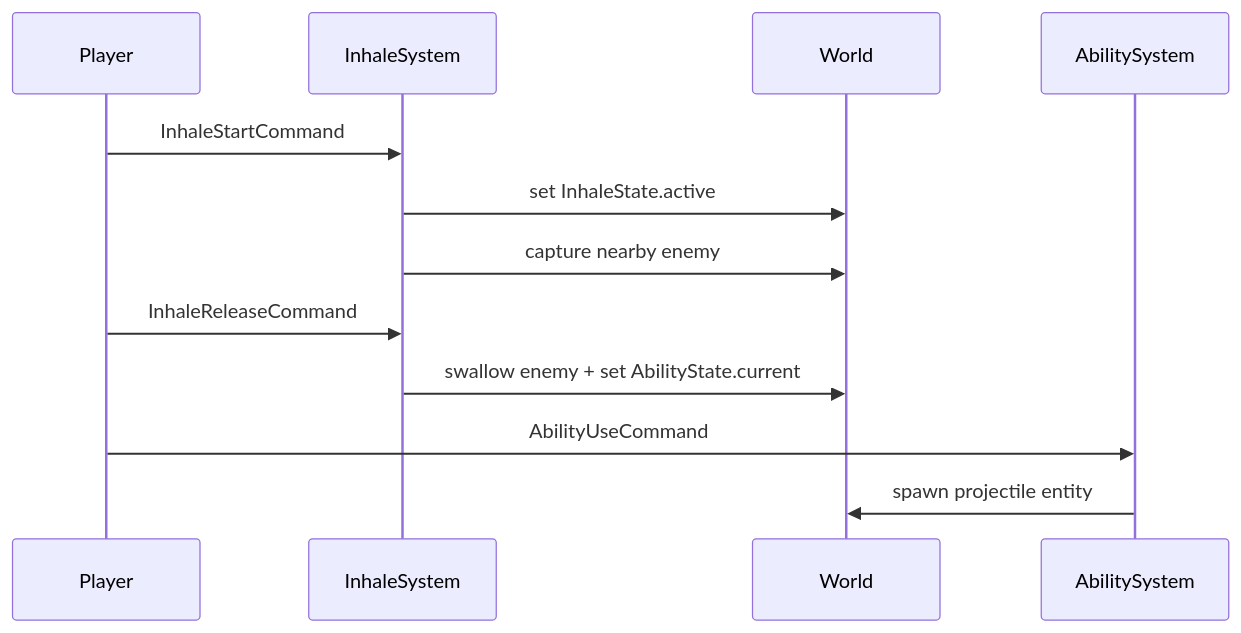
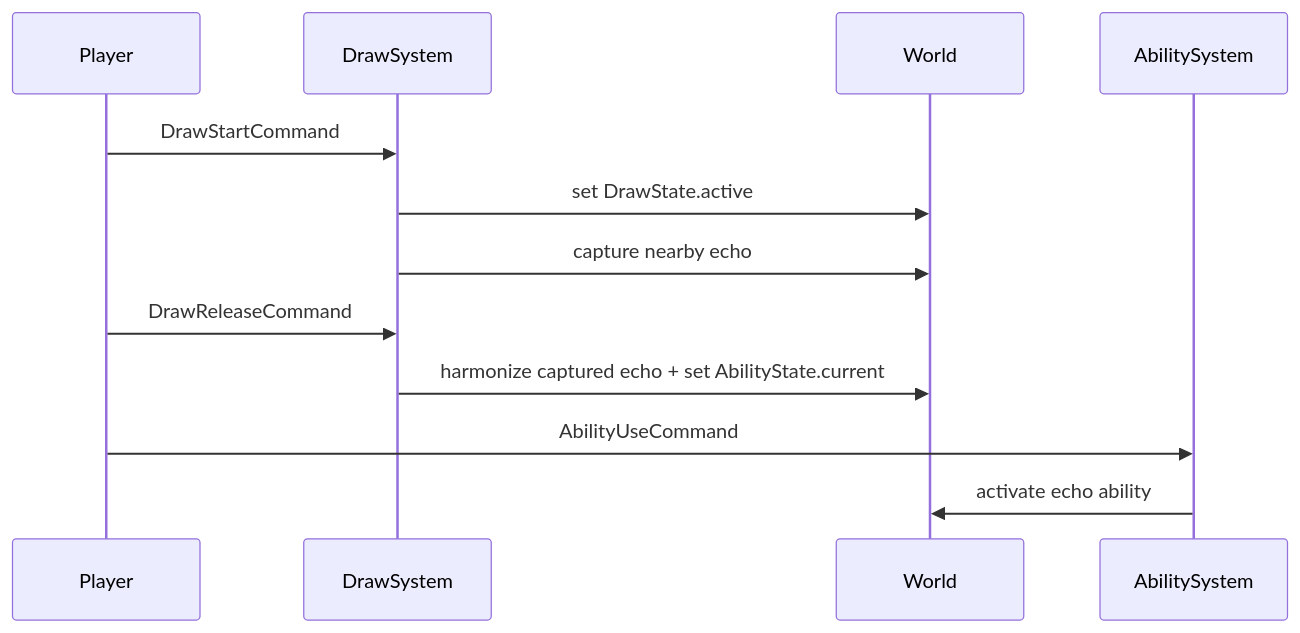
Before and after one commit to minchang-KIm/Kirby: the third of 3 diagrams in docs/kr/diagrams.md, drawn with Mermaid. The commit also changed other lines of this file and 116 other files, not shown here.

````diff
--- a/docs/kr/diagrams.md
+++ b/docs/kr/diagrams.md
@@ -30,15 +30,15 @@
 ```mermaid
 sequenceDiagram
   participant P as Player
-  participant IS as InhaleSystem
+  participant DS as DrawSystem
   participant W as World
   participant AS as AbilitySystem
 
-  P->>IS: InhaleStartCommand
-  IS->>W: set InhaleState.active
-  IS->>W: capture nearby enemy
-  P->>IS: InhaleReleaseCommand
-  IS->>W: swallow enemy + set AbilityState.current
+  P->>DS: DrawStartCommand
+  DS->>W: set DrawState.active
+  DS->>W: capture nearby echo
+  P->>DS: DrawReleaseCommand
+  DS->>W: harmonize captured echo + set AbilityState.current
   P->>AS: AbilityUseCommand
-  AS->>W: spawn projectile entity
+  AS->>W: activate echo ability
 ```
````
